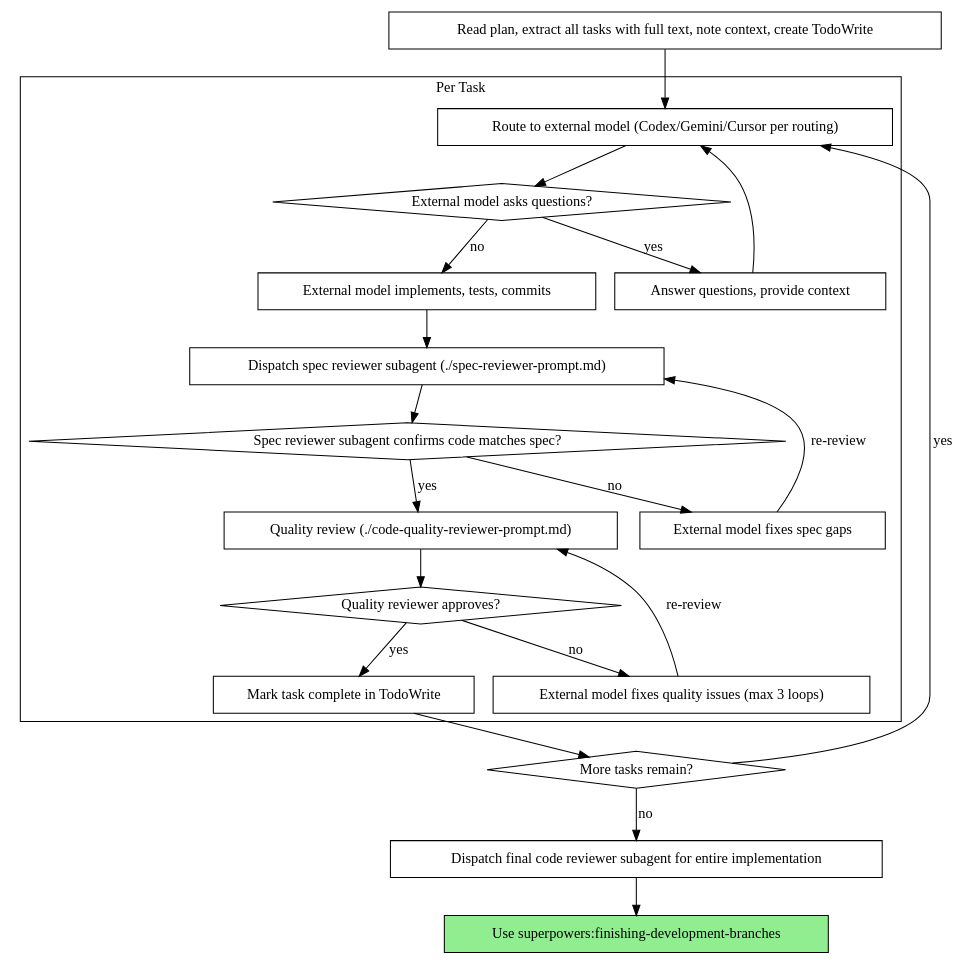
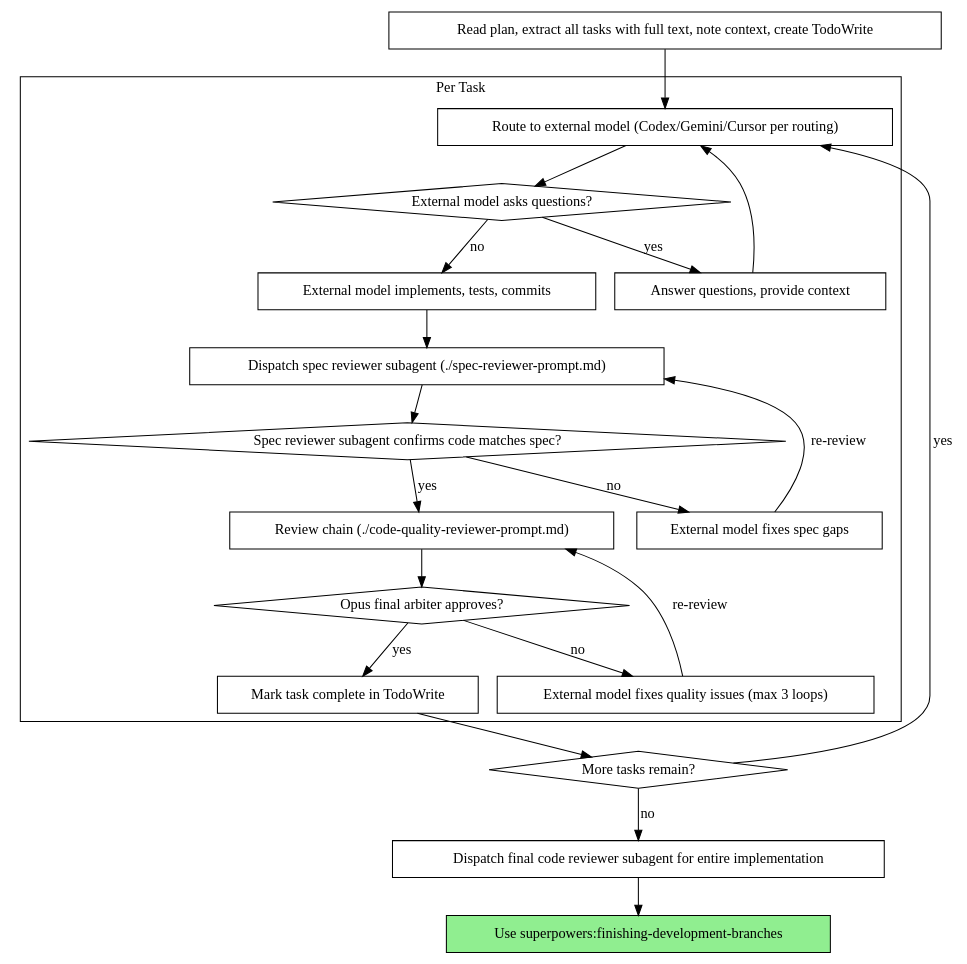
Before and after one commit to sitien173/refract: the second of 2 diagrams in plugin/skills/developing-with-subagents/SKILL.md, drawn with Graphviz. The commit also changed other lines of this file and 14 other files, not shown here.

Commit message:
docs: make Opus final arbiter for review flow

````diff
--- a/plugin/skills/developing-with-subagents/SKILL.md
+++ b/plugin/skills/developing-with-subagents/SKILL.md
@@ -85,44 +86,44 @@
 ```dot
 digraph process {
     rankdir=TB;
 
     subgraph cluster_per_task {
         label="Per Task";
         "Route to external model (Codex/Gemini/Cursor per routing)" [shape=box];
         "External model asks questions?" [shape=diamond];
         "Answer questions, provide context" [shape=box];
         "External model implements, tests, commits" [shape=box];
         "Dispatch spec reviewer subagent (./spec-reviewer-prompt.md)" [shape=box];
         "Spec reviewer subagent confirms code matches spec?" [shape=diamond];
         "External model fixes spec gaps" [shape=box];
-        "Quality review (./code-quality-reviewer-prompt.md)" [shape=box];
-        "Quality reviewer approves?" [shape=diamond];
+        "Review chain (./code-quality-reviewer-prompt.md)" [shape=box];
+        "Opus final arbiter approves?" [shape=diamond];
         "External model fixes quality issues (max 3 loops)" [shape=box];
         "Mark task complete in TodoWrite" [shape=box];
     }
 
     "Read plan, extract all tasks with full text, note context, create TodoWrite" [shape=box];
     "More tasks remain?" [shape=diamond];
     "Dispatch final code reviewer subagent for entire implementation" [shape=box];
     "Use superpowers:finishing-development-branches" [shape=box style=filled fillcolor=lightgreen];
 
     "Read plan, extract all tasks with full text, note context, create TodoWrite" -> "Route to external model (Codex/Gemini/Cursor per routing)";
     "Route to external model (Codex/Gemini/Cursor per routing)" -> "External model asks questions?";
     "External model asks questions?" -> "Answer questions, provide context" [label="yes"];
     "Answer questions, provide context" -> "Route to external model (Codex/Gemini/Cursor per routing)";
     "External model asks questions?" -> "External model implements, tests, commits" [label="no"];
     "External model implements, tests, commits" -> "Dispatch spec reviewer subagent (./spec-reviewer-prompt.md)";
     "Dispatch spec reviewer subagent (./spec-reviewer-prompt.md)" -> "Spec reviewer subagent confirms code matches spec?";
     "Spec reviewer subagent confirms code matches spec?" -> "External model fixes spec gaps" [label="no"];
     "External model fixes spec gaps" -> "Dispatch spec reviewer subagent (./spec-reviewer-prompt.md)" [label="re-review"];
-    "Spec reviewer subagent confirms code matches spec?" -> "Quality review (./code-quality-reviewer-prompt.md)" [label="yes"];
-    "Quality review (./code-quality-reviewer-prompt.md)" -> "Quality reviewer approves?";
-    "Quality reviewer approves?" -> "External model fixes quality issues (max 3 loops)" [label="no"];
-    "External model fixes quality issues (max 3 loops)" -> "Quality review (./code-quality-reviewer-prompt.md)" [label="re-review"];
-    "Quality reviewer approves?" -> "Mark task complete in TodoWrite" [label="yes"];
+    "Spec reviewer subagent confirms code matches spec?" -> "Review chain (./code-quality-reviewer-prompt.md)" [label="yes"];
+    "Review chain (./code-quality-reviewer-prompt.md)" -> "Opus final arbiter approves?";
+    "Opus final arbiter approves?" -> "External model fixes quality issues (max 3 loops)" [label="no"];
+    "External model fixes quality issues (max 3 loops)" -> "Review chain (./code-quality-reviewer-prompt.md)" [label="re-review"];
+    "Opus final arbiter approves?" -> "Mark task complete in TodoWrite" [label="yes"];
     "Mark task complete in TodoWrite" -> "More tasks remain?";
     "More tasks remain?" -> "Route to external model (Codex/Gemini/Cursor per routing)" [label="yes"];
     "More tasks remain?" -> "Dispatch final code reviewer subagent for entire implementation" [label="no"];
     "Dispatch final code reviewer subagent for entire implementation" -> "Use superpowers:finishing-development-branches";
 }
 ```
````
